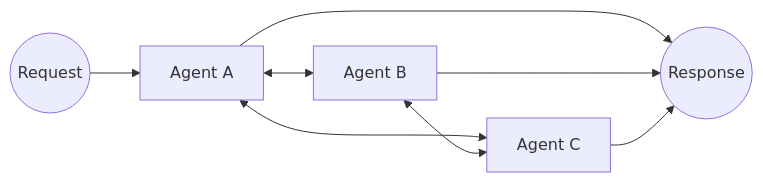
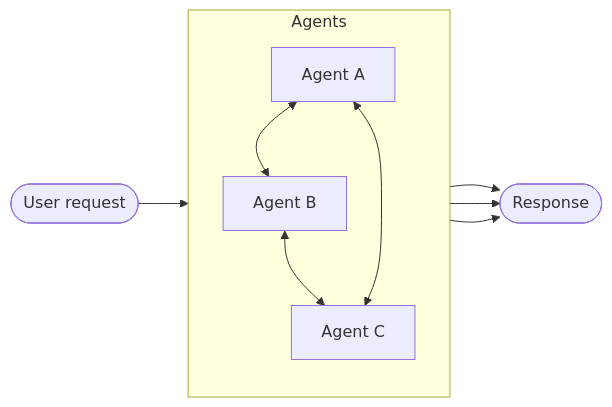
Before and after one commit to langchain-ai/docs: the second of 12 diagrams in src/oss/langchain/multi-agent/index.mdx, drawn with Mermaid. The commit also changed other lines of this file, not shown here.

````diff
--- a/src/oss/langchain/multi-agent/index.mdx
+++ b/src/oss/langchain/multi-agent/index.mdx
@@ -80,8 +80,14 @@
     ```mermaid
     graph LR
-        U((Request)) --> A[Agent A]
-        A <--> B[Agent B]
-        A <--> C[Agent C]
-        B <--> C
-        A & B & C --> R((Response))
+        U([User request]) --> A
+        subgraph Agents
+            direction TB
+            A[Agent A] <--> B[Agent B]
+            B <--> C[Agent C]
+            A <--> C
+        end
+        A --> R([Response])
+        B --> R
+        C --> R
+        A ~~~ B ~~~ C
     ```
````
